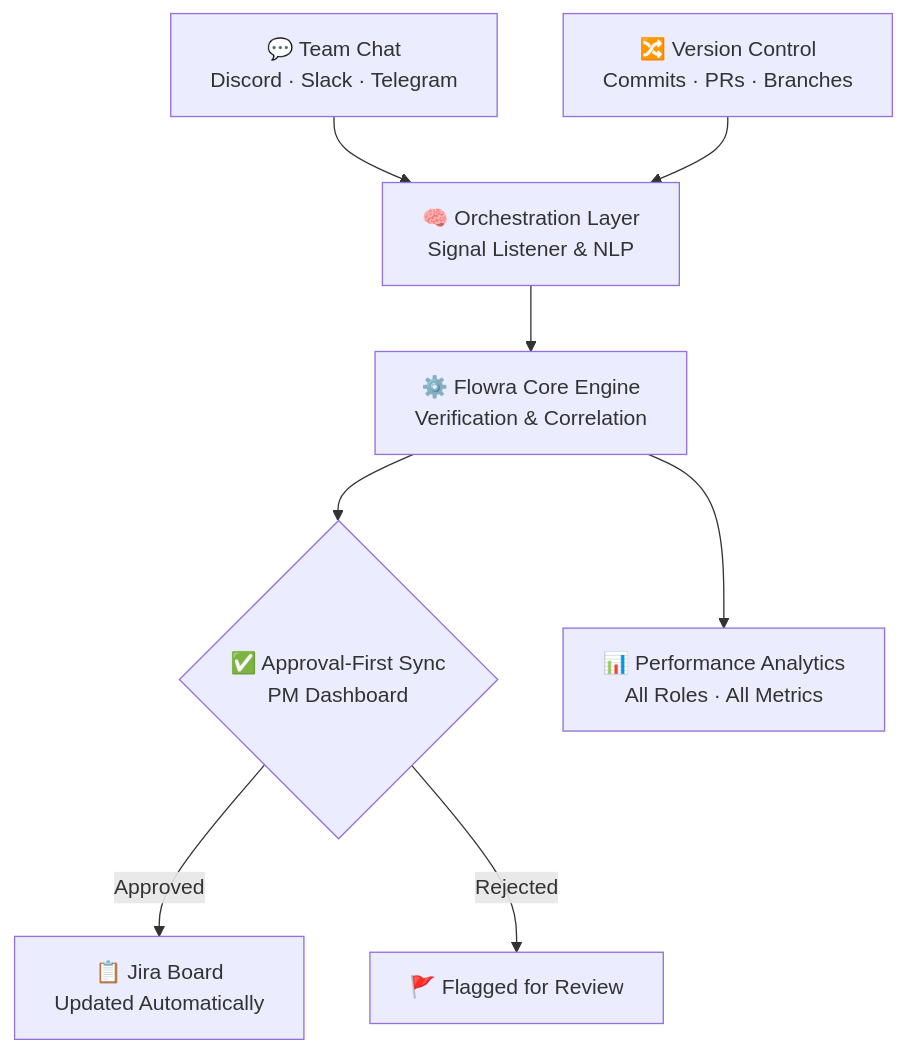
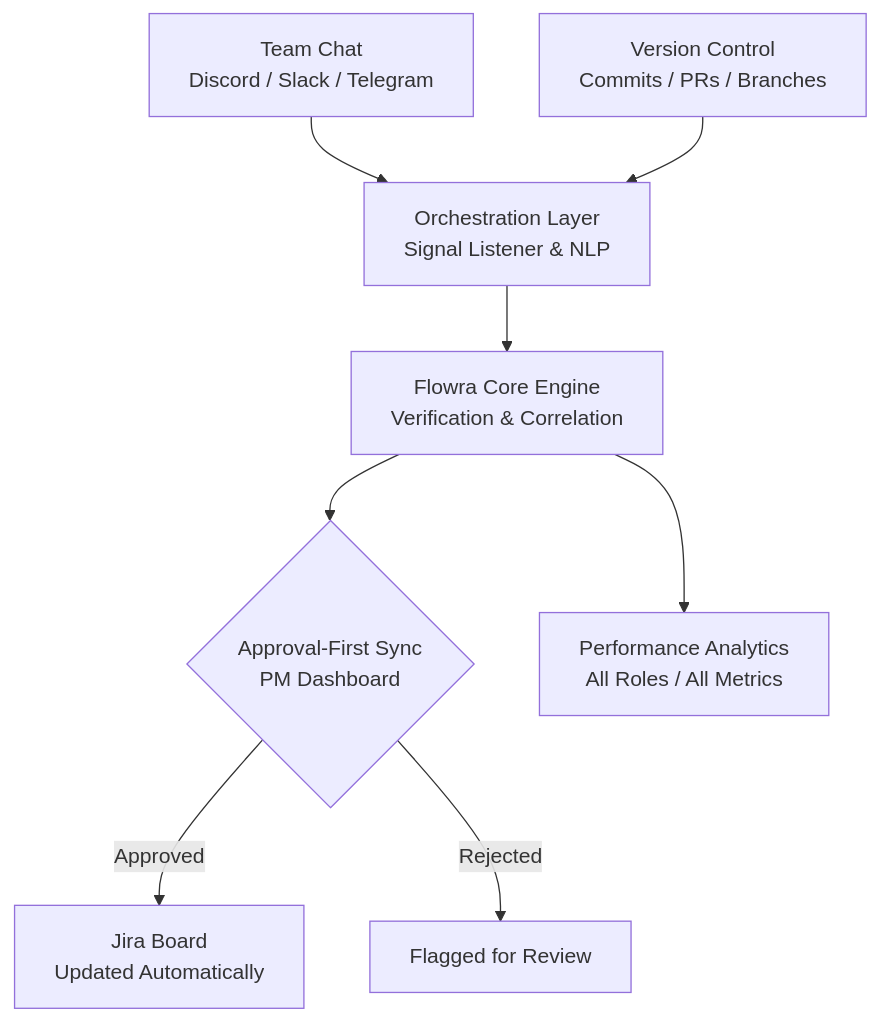
The diagram in README.md (m-faizananwar/flowra), drawn with Mermaid before and after one commit. The commit also changed other lines of this file, not shown here.

````diff
--- a/README.md
+++ b/README.md
@@ -44,10 +40,10 @@
 ```mermaid
 flowchart TD
-    A[💬 Team Chat<br/>Discord · Slack · Telegram] --> B[🧠 Orchestration Layer<br/>Signal Listener & NLP]
-    C[🔀 Version Control<br/>Commits · PRs · Branches] --> B
-    B --> D[⚙️ Flowra Core Engine<br/>Verification & Correlation]
-    D --> E{✅ Approval-First Sync<br/>PM Dashboard}
-    E -- Approved --> F[📋 Jira Board<br/>Updated Automatically]
-    E -- Rejected --> G[🚩 Flagged for Review]
-    D --> H[📊 Performance Analytics<br/>All Roles · All Metrics]
+    A[Team Chat<br/>Discord / Slack / Telegram] --> B[Orchestration Layer<br/>Signal Listener & NLP]
+    C[Version Control<br/>Commits / PRs / Branches] --> B
+    B --> D[Flowra Core Engine<br/>Verification & Correlation]
+    D --> E{Approval-First Sync<br/>PM Dashboard}
+    E -- Approved --> F[Jira Board<br/>Updated Automatically]
+    E -- Rejected --> G[Flagged for Review]
+    D --> H[Performance Analytics<br/>All Roles / All Metrics]
 ```
````
